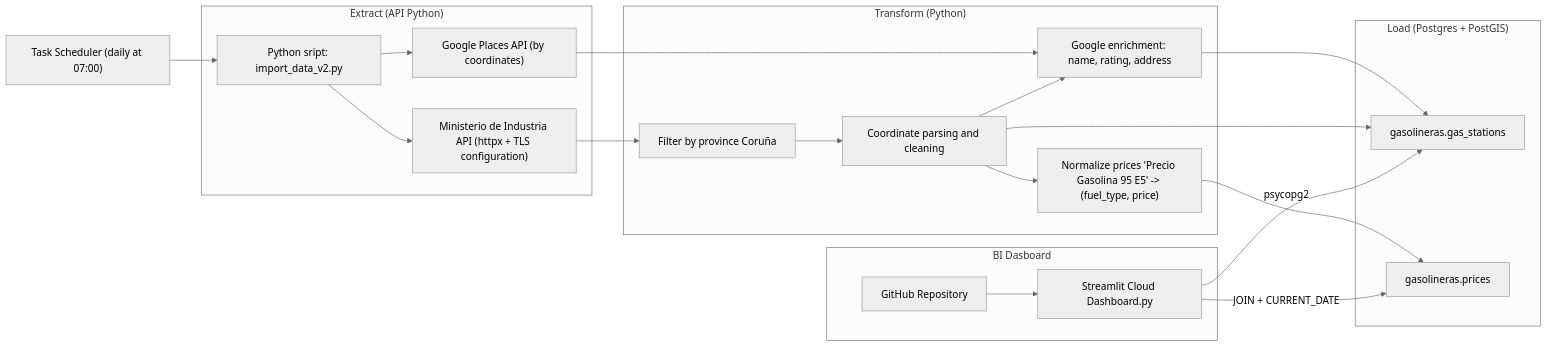
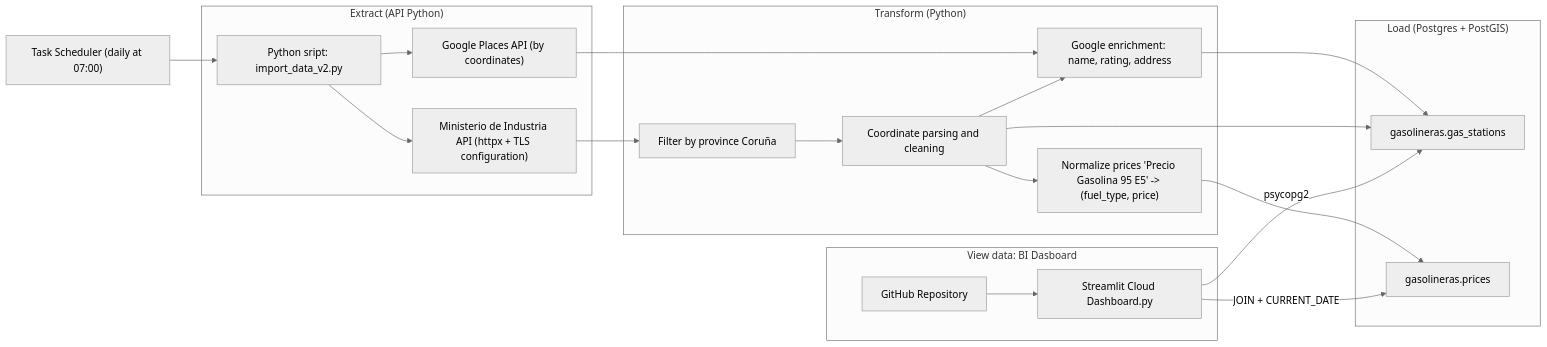
The first of 2 diagrams in README_EN.md (veronikasavostyanova1996-svg/gas_station), drawn with Mermaid (neutral theme) before and after one commit.

````diff
--- a/README_EN.md
+++ b/README_EN.md
@@ -11,37 +11,37 @@
 ```mermaid
 flowchart LR
     A["Task Scheduler (daily at 07:00)"] --> B["Python sript: import_data_v2.py"]
 
     subgraph Extract ["Extract (API Python)"]
         B --> C1["Ministerio de Industria API (httpx + TLS configuration)"]
         B --> C2["Google Places API (by coordinates)"]
     end
 
     subgraph Transform ["Transform (Python)"]
         D1["Filter by province Coruña"]
         D2["Coordinate parsing and cleaning"]
         D3["Normalize prices 'Precio Gasolina 95 E5' -> (fuel_type, price)"]
         D4["Google enrichment: name, rating, address"]
         C1 --> D1 --> D2 --> D3
         C2 --> D4
         D2 --> D4
     end
 
     subgraph Load ["Load (Postgres + PostGIS)"]
         E1["gasolineras.gas_stations"]
         E2["gasolineras.prices"]
     end
 
     D3 --> E2
     D4 --> E1
     D2 --> E1
 
-    subgraph Serve ["BI Dasboard"]
+    subgraph Serve ["View data: BI Dasboard"]
         F["Streamlit Cloud Dashboard.py"]
         G["GitHub Repository"]
         G --> F
         F -->|psycopg2| E1
         F -->|JOIN + CURRENT_DATE| E2
     end
 
 ```
````
